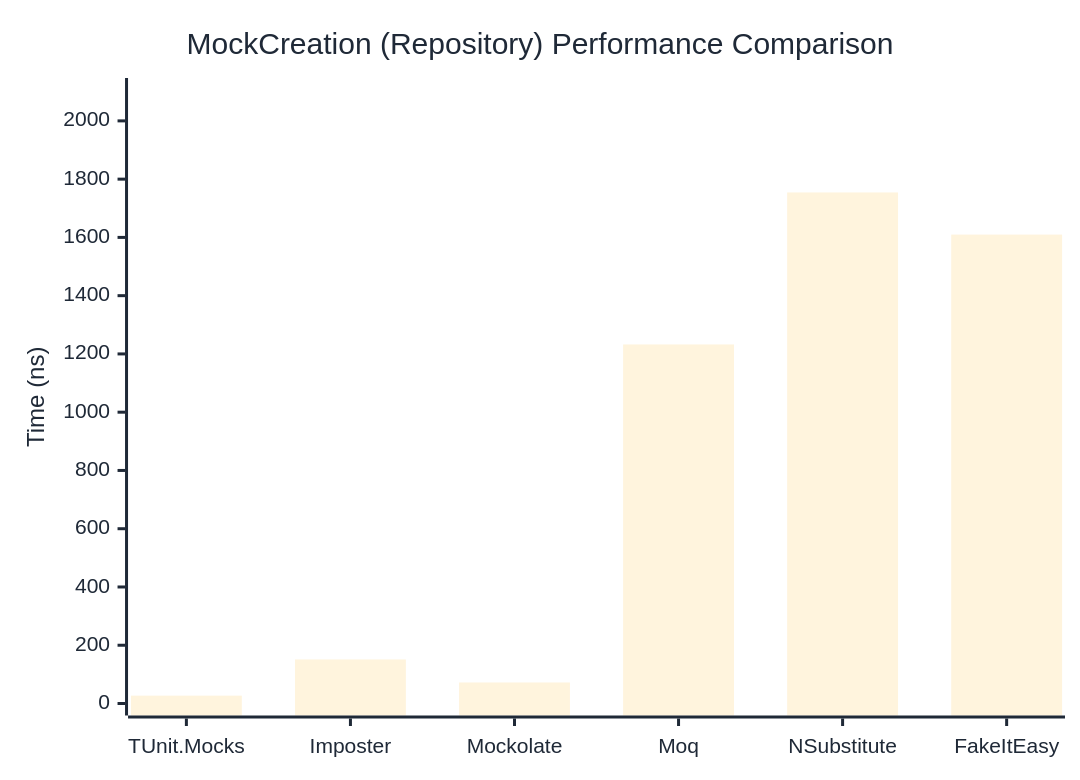
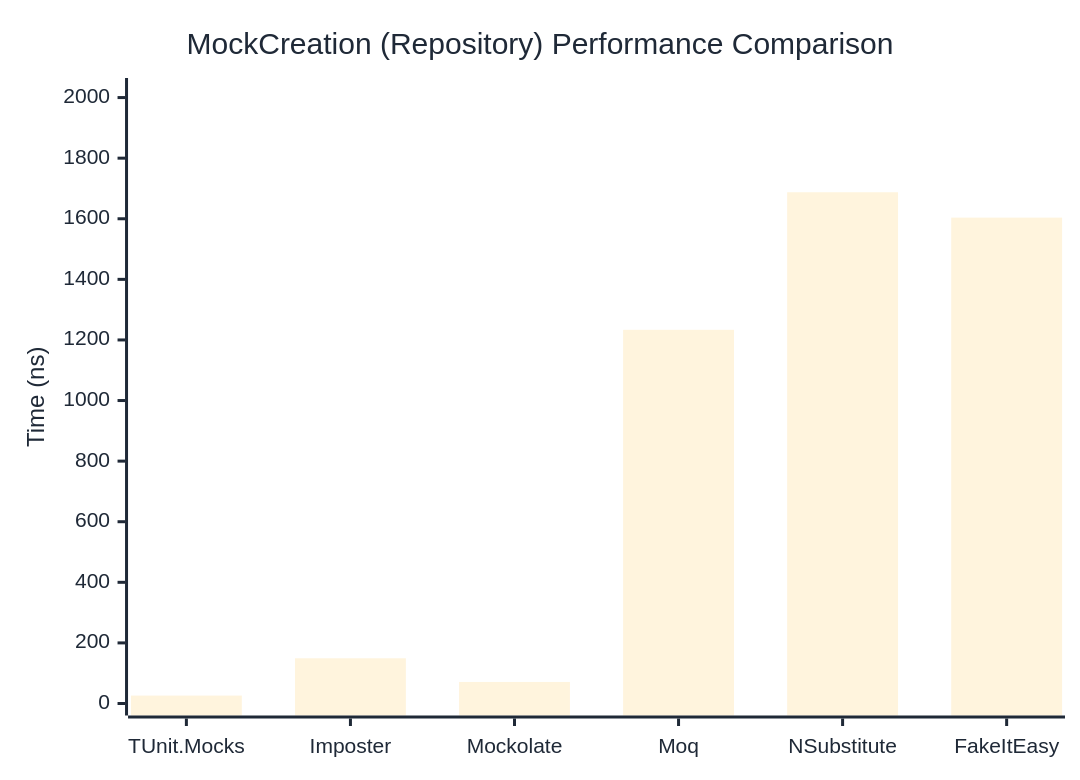
The second of 2 diagrams in docs/docs/benchmarks/mocks/MockCreation.md (thomhurst/TUnit), drawn with Mermaid before and after one commit. The commit also changed other lines of this file and 14 other files, not shown here.

````diff
--- a/docs/docs/benchmarks/mocks/MockCreation.md
+++ b/docs/docs/benchmarks/mocks/MockCreation.md
@@ -69,27 +69,27 @@
 ```mermaid
 %%{init: {
   'theme':'base',
   'themeVariables': {
     'primaryColor': '#2563eb',
     'primaryTextColor': '#1f2937',
     'primaryBorderColor': '#1e40af',
     'lineColor': '#6b7280',
     'secondaryColor': '#7c3aed',
     'tertiaryColor': '#dc2626',
     'background': '#ffffff',
     'pie1': '#2563eb',
     'pie2': '#7c3aed',
     'pie3': '#dc2626',
     'pie4': '#f59e0b',
     'pie5': '#10b981',
     'pie6': '#06b6d4',
     'pie7': '#ec4899',
     'pie8': '#6366f1'
   }
 }}%%
 xychart-beta
   title "MockCreation (Repository) Performance Comparison"
   x-axis ["TUnit.Mocks", "Imposter", "Mockolate", "Moq", "NSubstitute", "FakeItEasy"]
-  y-axis "Time (ns)" 0 --> 2106
-  bar [26.92, 151.22, 72.19, 1232.55, 1754.32, 1609.69]
+  y-axis "Time (ns)" 0 --> 2025
+  bar [26.13, 149.32, 71.12, 1233.41, 1687.49, 1603.81]
 ```
````
